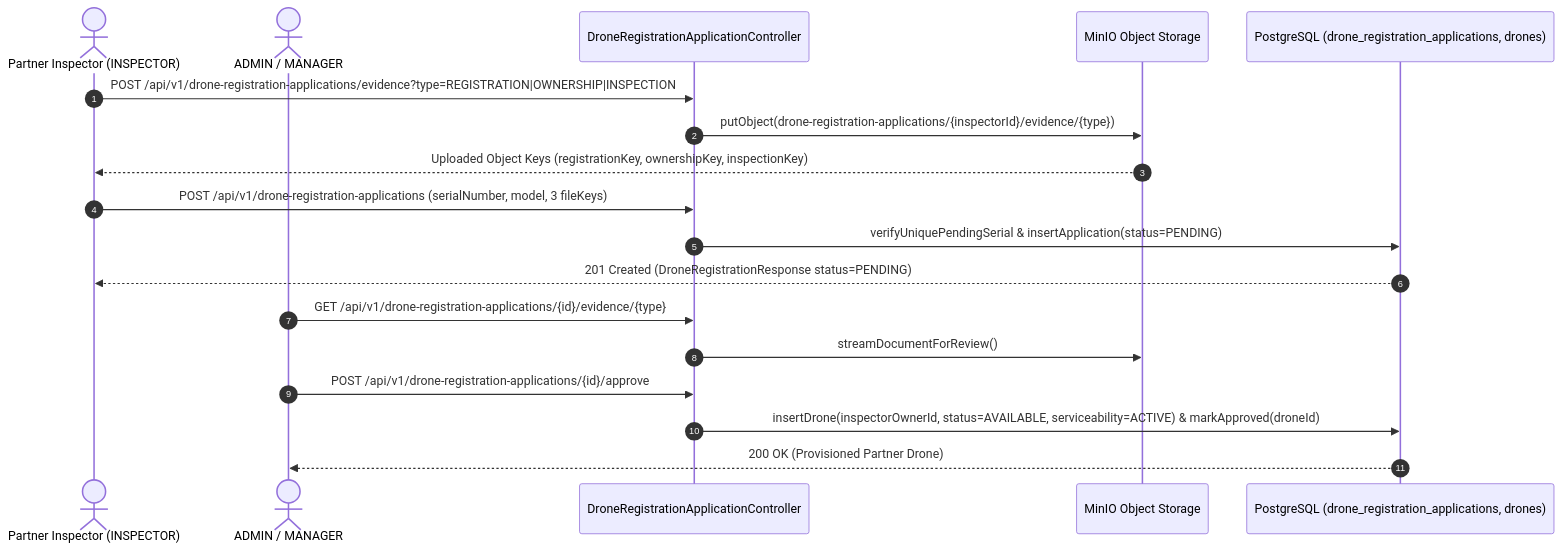
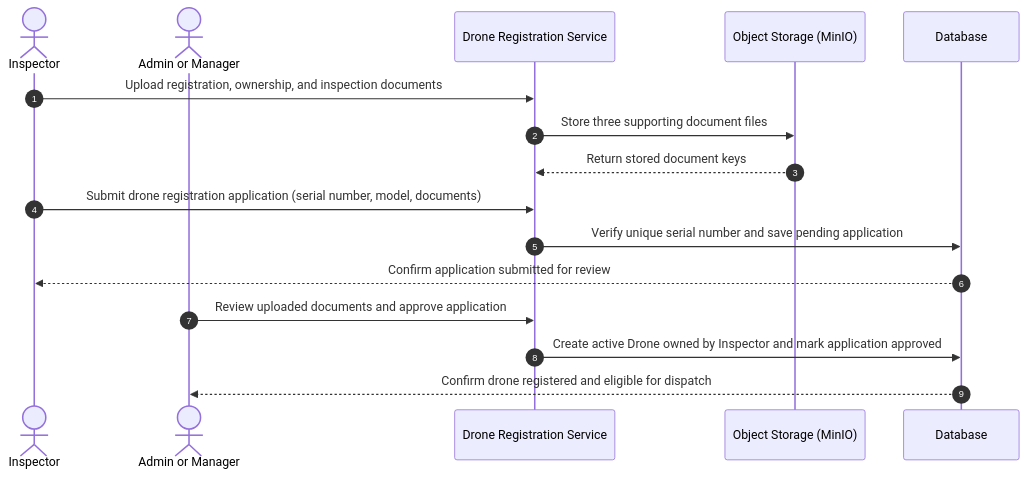
One commit to tungbach12/SmartDroneInspection-Docs changed the fifth of 23 diagrams in reports/report-4-software-design-document/03-detailed-design.md. Above: the diagram before and after it, drawn with Mermaid. The commit also changed other lines of this file and 206 other files, not shown here.

First line of the commit message:
docs(reports): synchronize Report 1-5 changes, update diagrams, and clean exports

````diff
--- a/reports/report-4-software-design-document/03-detailed-design.md
+++ b/reports/report-4-software-design-document/03-detailed-design.md
@@ -281,24 +235,22 @@
 ```mermaid
-%% title: Inspector-Owned Drone 3-Document Registration and Review Sequence Diagram
+%% title: FE-02 Inspector-Owned Drone Registration and Review Sequence Diagram
 sequenceDiagram
   autonumber
-  actor Insp as Partner Inspector (INSPECTOR)
-  actor Admin as ADMIN / MANAGER
-  participant DroneAppCtrl as DroneRegistrationApplicationController
-  participant MinIO as MinIO Object Storage
-  participant DB as PostgreSQL (drone_registration_applications, drones)
+  actor Insp as Inspector
+  actor Admin as Admin or Manager
+  participant DroneSvc as Drone Registration Service
+  participant Storage as Object Storage (MinIO)
+  participant DB as Database
 
-  Insp->>DroneAppCtrl: POST /api/v1/drone-registration-applications/evidence?type=REGISTRATION|OWNERSHIP|INSPECTION
-  DroneAppCtrl->>MinIO: putObject(drone-registration-applications/{inspectorId}/evidence/{type})
-  MinIO-->>Insp: Uploaded Object Keys (registrationKey, ownershipKey, inspectionKey)
+  Insp->>DroneSvc: Upload registration, ownership, and inspection documents
+  DroneSvc->>Storage: Store three supporting document files
+  Storage-->>DroneSvc: Return stored document keys
 
-  Insp->>DroneAppCtrl: POST /api/v1/drone-registration-applications (serialNumber, model, 3 fileKeys)
-  DroneAppCtrl->>DB: verifyUniquePendingSerial & insertApplication(status=PENDING)
-  DB-->>Insp: 201 Created (DroneRegistrationResponse status=PENDING)
+  Insp->>DroneSvc: Submit drone registration application (serial number, model, documents)
+  DroneSvc->>DB: Verify unique serial number and save pending application
+  DB-->>Insp: Confirm application submitted for review
 
-  Admin->>DroneAppCtrl: GET /api/v1/drone-registration-applications/{id}/evidence/{type}
-  DroneAppCtrl->>MinIO: streamDocumentForReview()
-  Admin->>DroneAppCtrl: POST /api/v1/drone-registration-applications/{id}/approve
-  DroneAppCtrl->>DB: insertDrone(inspectorOwnerId, status=AVAILABLE, serviceability=ACTIVE) & markApproved(droneId)
-  DB-->>Admin: 200 OK (Provisioned Partner Drone)
+  Admin->>DroneSvc: Review uploaded documents and approve application
+  DroneSvc->>DB: Create active Drone owned by Inspector and mark application approved
+  DB-->>Admin: Confirm drone registered and eligible for dispatch
 ```
````
